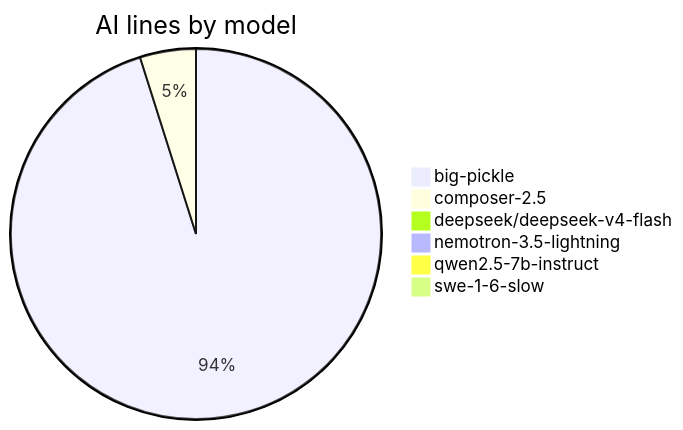
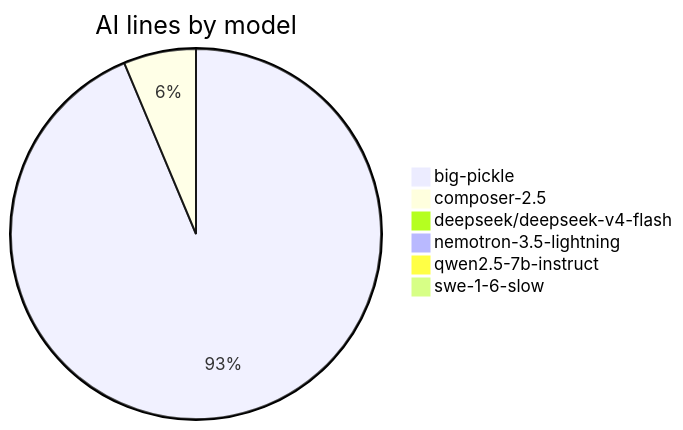
The fourth of 5 diagrams in AI-AUTHORSHIP.md (CaliMark/game-of-life), drawn with Mermaid before and after one commit. The commit also changed other lines of this file and 1 other file, not shown here.

````diff
--- a/AI-AUTHORSHIP.md
+++ b/AI-AUTHORSHIP.md
@@ -58,9 +58,9 @@
 ```mermaid
 pie title AI lines by model
-    "big-pickle" : 818
+    "big-pickle" : 622
     "composer-2.5" : 42
     "deepseek/deepseek-v4-flash" : 1
     "nemotron-3.5-lightning" : 1
     "qwen2.5-7b-instruct" : 3
     "swe-1-6-slow" : 2
 ```
````
